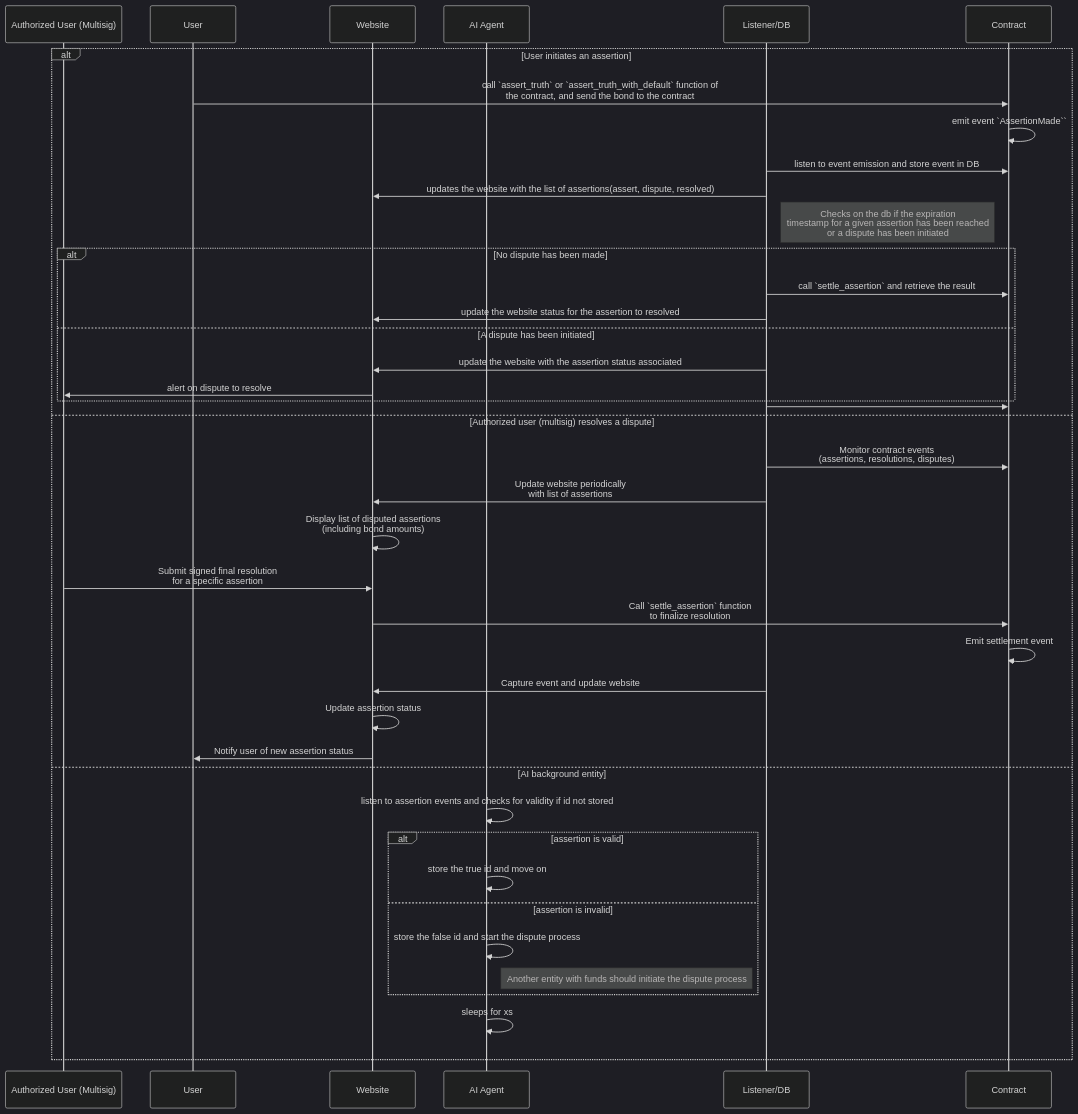
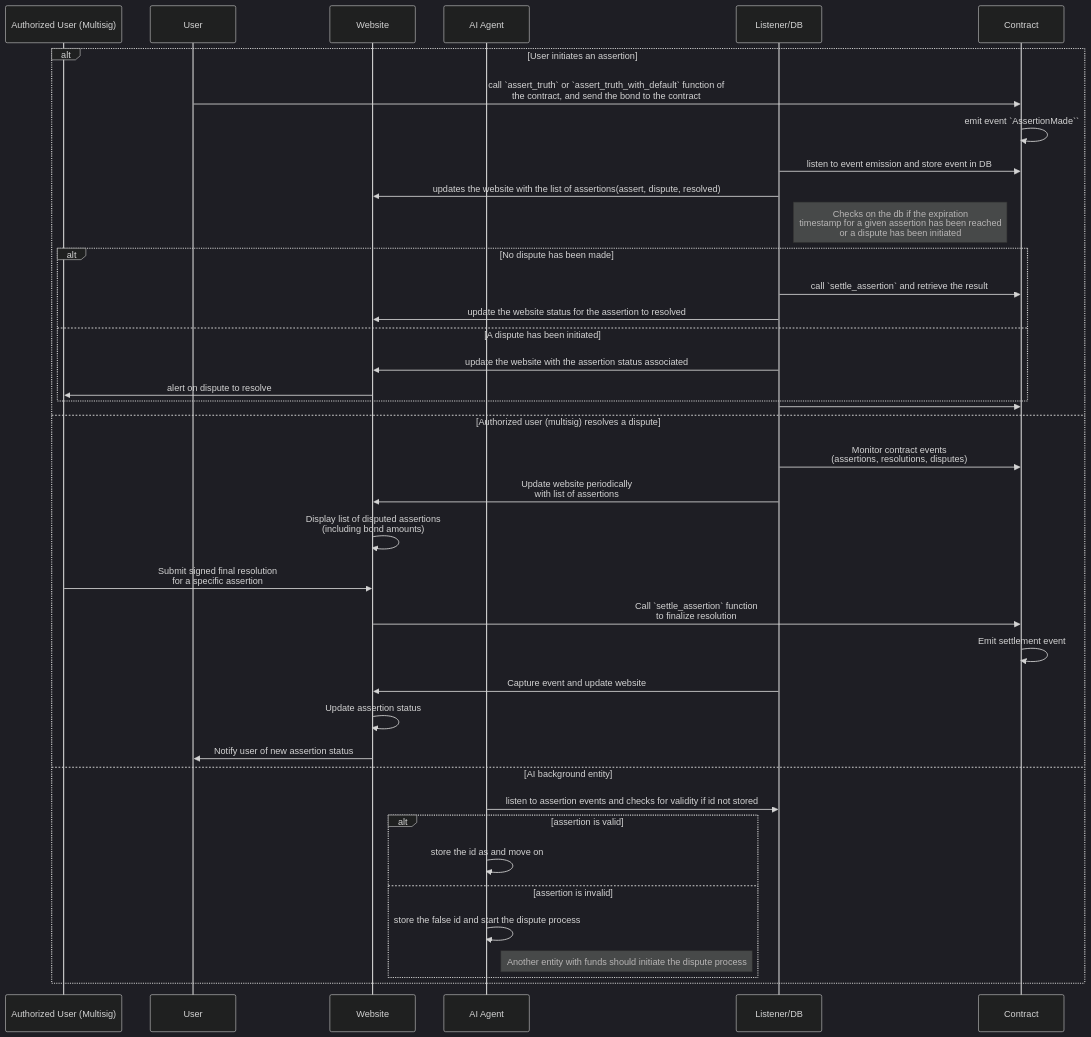
One commit to astraly-labs/Optimistic-Oracle changed the second of 2 diagrams in README.md. Above: the diagram before and after it, drawn with Mermaid (dark theme). The commit also changed 2 other files, not shown here.

Commit message:
feat(test+ README): updated setup config + README

````diff
--- a/README.md
+++ b/README.md
@@ -57,44 +57,43 @@
 ```mermaid
 sequenceDiagram
     participant AuthorizedUser as Authorized User (Multisig)
     participant User
     participant Website
     participant AIAgent as AI Agent
     participant ListenerDB as Listener/DB
     participant Contract
 
     alt User initiates an assertion
         User->>Contract: call `assert_truth` or `assert_truth_with_default` function of <br>the contract, and send the bond to the contract
         Contract->>Contract: emit event `AssertionMade``
         ListenerDB->>Contract: listen to event emission and store event in DB
         ListenerDB->>Website: updates the website with the list of assertions(assert, dispute, resolved)
         Note right of ListenerDB: Checks on the db if the expiration <br> timestamp for a given assertion has been reached <br> or a dispute has been initiated
         alt No dispute has been made 
             ListenerDB->>Contract: call `settle_assertion` and retrieve the result
             ListenerDB->>Website: update the website status for the assertion to resolved
         else A dispute has been initiated
             ListenerDB->>Website: update the website with the assertion status associated
             Website->>AuthorizedUser: alert on dispute to resolve
         end
         ListenerDB->>Contract: 
     else Authorized user (multisig) resolves a dispute
         ListenerDB->>Contract: Monitor contract events<br>(assertions, resolutions, disputes)
         ListenerDB->>Website: Update website periodically<br>with list of assertions
         Website->>Website: Display list of disputed assertions<br>(including bond amounts)
         AuthorizedUser->>Website: Submit signed final resolution<br>for a specific assertion
         Website->>Contract: Call `settle_assertion` function<br>to finalize resolution
         Contract->>Contract: Emit settlement event
         ListenerDB->>Website: Capture event and update website
         Website->>Website: Update assertion status
         Website->>User: Notify user of new assertion status
     else AI background entity
-        AIAgent->>AIAgent: listen to assertion events and checks for validity if id not stored
+        AIAgent->>ListenerDB: listen to assertion events and checks for validity if id not stored
         alt assertion is valid
-            AIAgent->>AIAgent: store the true id and move on
+            AIAgent->>AIAgent: store the id as and move on
         else assertion is invalid
             AIAgent->>AIAgent: store the false id and start the dispute process 
             Note right of AIAgent: Another entity with funds should initiate the dispute process
         end
-        AIAgent->>AIAgent: sleeps for xs
     end
 ```
````
